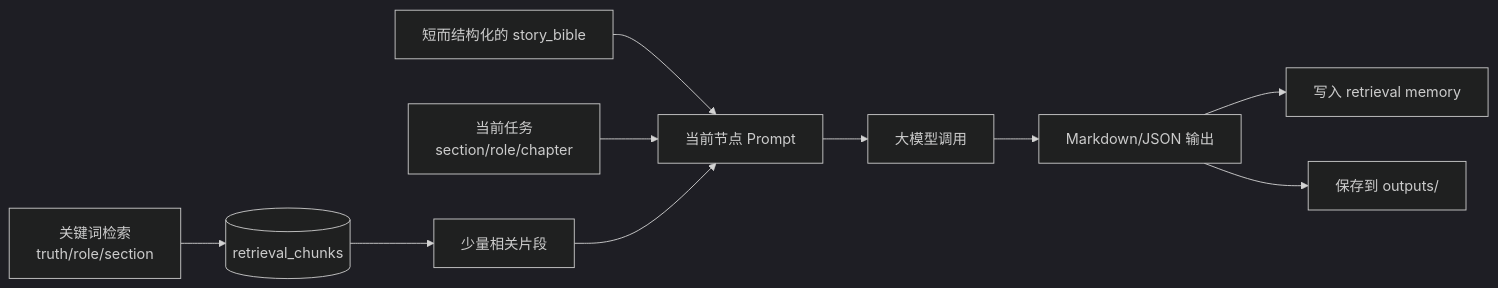
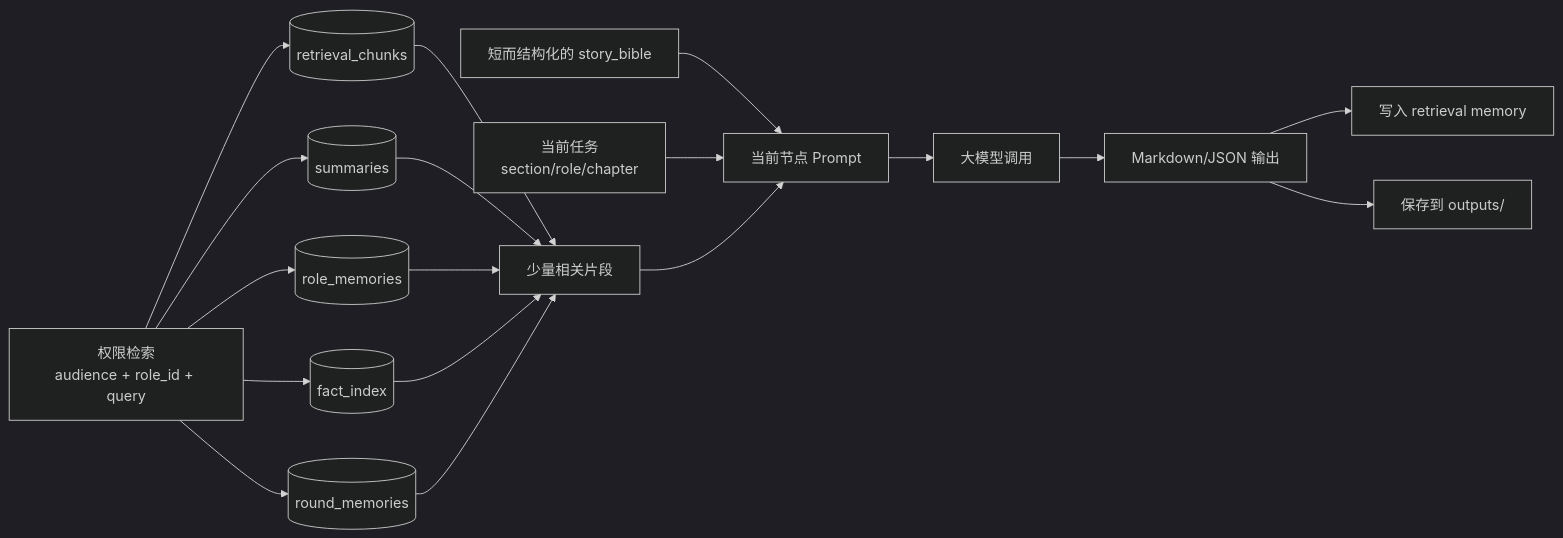
One commit to AmorFatiliwenjie/juben-sha-agent changed the sixth of 7 diagrams in docs/TECHNICAL_FLOW.md. Above: the diagram before and after it, drawn with Mermaid (dark theme). The commit also changed other lines of this file and 5 other files, not shown here.

````diff
--- a/docs/TECHNICAL_FLOW.md
+++ b/docs/TECHNICAL_FLOW.md
@@ -135,12 +195,20 @@
 ```mermaid
 flowchart LR
     Bible[短而结构化的 story_bible] --> Prompt[当前节点 Prompt]
     CurrentTask[当前任务<br/>section/role/chapter] --> Prompt
-    MemoryQuery[关键词检索<br/>truth/role/section] --> Retrieval[(retrieval_chunks)]
+    MemoryQuery[权限检索<br/>audience + role_id + query] --> Retrieval[(retrieval_chunks)]
+    MemoryQuery --> Summary[(summaries)]
+    MemoryQuery --> RoleMem[(role_memories)]
+    MemoryQuery --> FactIndex[(fact_index)]
+    MemoryQuery --> RoundMem[(round_memories)]
     Retrieval --> Context[少量相关片段]
+    Summary --> Context
+    RoleMem --> Context
+    FactIndex --> Context
+    RoundMem --> Context
     Context --> Prompt
     Prompt --> LLM[大模型调用]
     LLM --> Output[Markdown/JSON 输出]
     Output --> Store[写入 retrieval memory]
     Output --> Files[保存到 outputs/]
 ```
````
